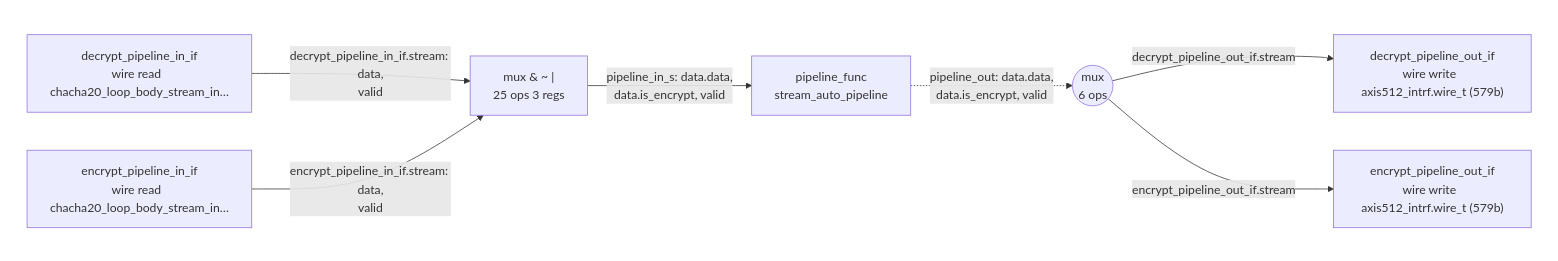
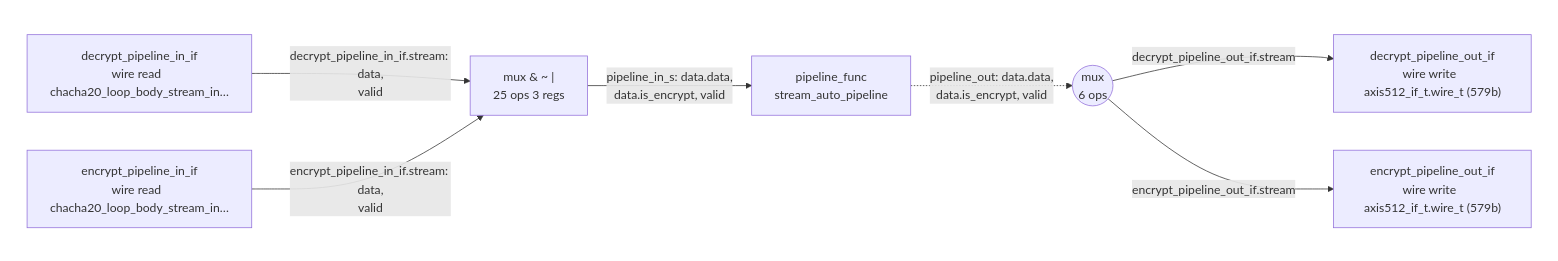
The fourth of 5 diagrams in 3.build/pypeline_build/src/chacha20/chacha20_design.md (chili-chips/wireguard-fpga), drawn with Mermaid before and after one commit. The commit also changed other lines of this file and 31 other files, not shown here.

````diff
--- a/3.build/pypeline_build/src/chacha20/chacha20_design.md
+++ b/3.build/pypeline_build/src/chacha20/chacha20_design.md
@@ -167,23 +167,23 @@
 ```mermaid
 flowchart LR
     n4["pipeline_func<br>stream_auto_pipeline"]
     n5["mux & ~ |<br>25 ops  3 regs"]
     n6(("mux<br>6 ops"))
     subgraph inputs[" "]
         n0["decrypt_pipeline_in_if<br>wire read  chacha20_loop_body_stream_in…"]
         n1["encrypt_pipeline_in_if<br>wire read  chacha20_loop_body_stream_in…"]
     end
     style inputs fill:none,stroke:none
     subgraph outputs[" "]
-        n2["decrypt_pipeline_out_if<br>wire write  axis512_intrf.wire_t (579b)"]
-        n3["encrypt_pipeline_out_if<br>wire write  axis512_intrf.wire_t (579b)"]
+        n2["decrypt_pipeline_out_if<br>wire write  axis512_if_t.wire_t (579b)"]
+        n3["encrypt_pipeline_out_if<br>wire write  axis512_if_t.wire_t (579b)"]
     end
     style outputs fill:none,stroke:none
     n0 -->|"decrypt_pipeline_in_if.stream: data,<br>valid"| n5
     n1 -->|"encrypt_pipeline_in_if.stream: data,<br>valid"| n5
     n4 -.->|"pipeline_out: data.data,<br>data.is_encrypt, valid"| n6
     n5 -->|"pipeline_in_s: data.data,<br>data.is_encrypt, valid"| n4
     n6 -->|"encrypt_pipeline_out_if.stream"| n3
     n6 -->|"decrypt_pipeline_out_if.stream"| n2
     n6 ~~~ n2
 ```
````
